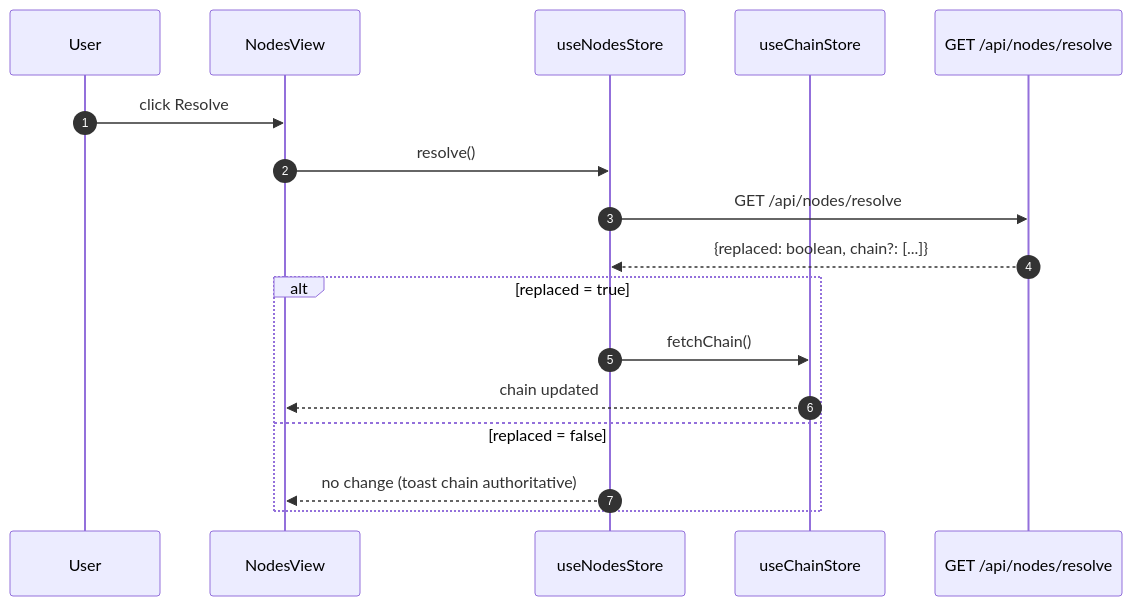
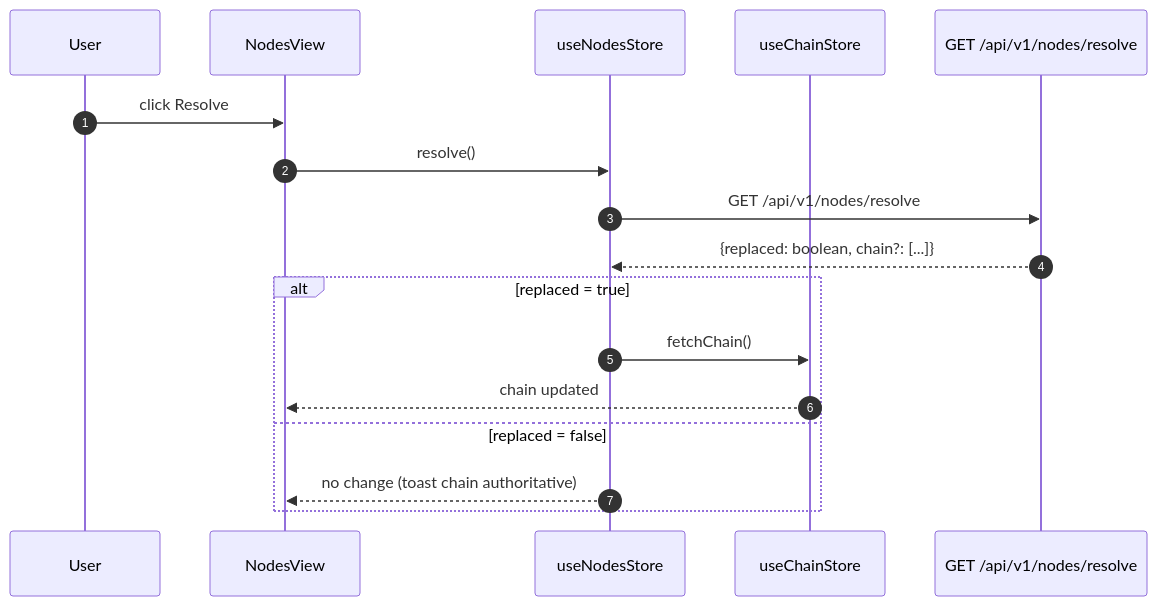
One commit to basic-blockchain/basic-blockchain-frontend changed the fifth of 8 diagrams in docs/architecture.md. Above: the diagram before and after it, drawn with Mermaid. The commit also changed other lines of this file and 1 other file, not shown here.

Commit message:
docs(architecture): refresh architecture + components catalog

````diff
--- a/docs/architecture.md
+++ b/docs/architecture.md
@@ -204,20 +215,20 @@
 ```mermaid
 sequenceDiagram
     autonumber
     participant U as User
     participant NV as NodesView
     participant NS as useNodesStore
     participant CS as useChainStore
-    participant BE as GET /api/nodes/resolve
+    participant BE as GET /api/v1/nodes/resolve
 
     U->>NV: click Resolve
     NV->>NS: resolve()
-    NS->>BE: GET /api/nodes/resolve
+    NS->>BE: GET /api/v1/nodes/resolve
     BE-->>NS: {replaced: boolean, chain?: [...]}
     alt replaced = true
         NS->>CS: fetchChain()
         CS-->>NV: chain updated
     else replaced = false
         NS-->>NV: no change (toast chain authoritative)
     end
 ```
````
